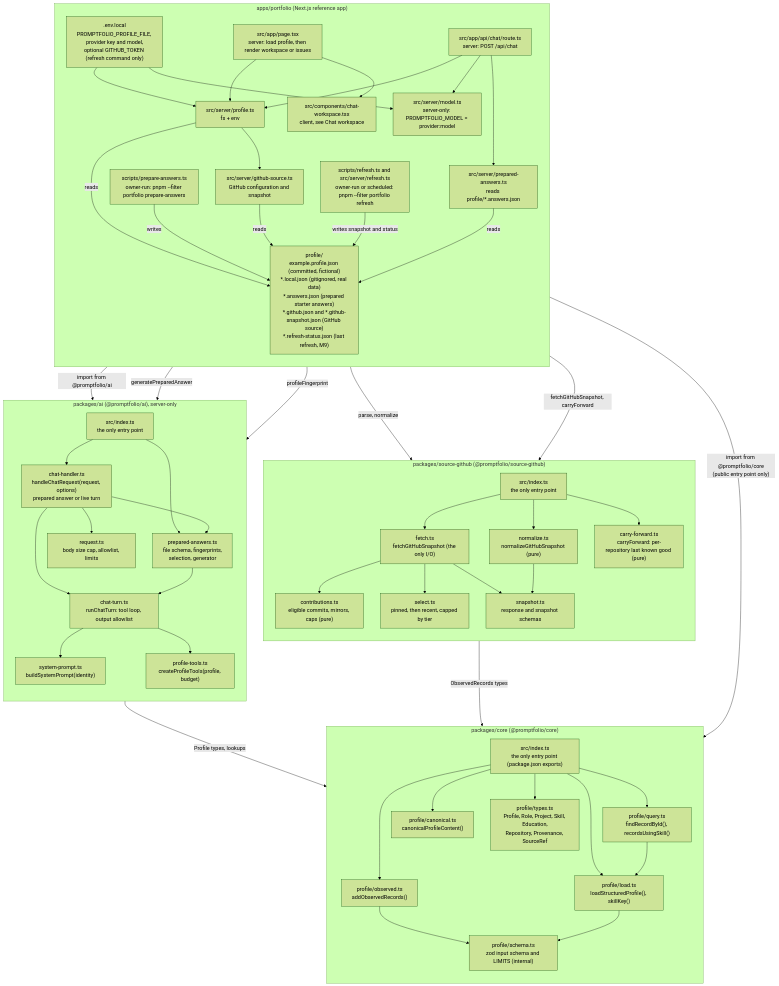
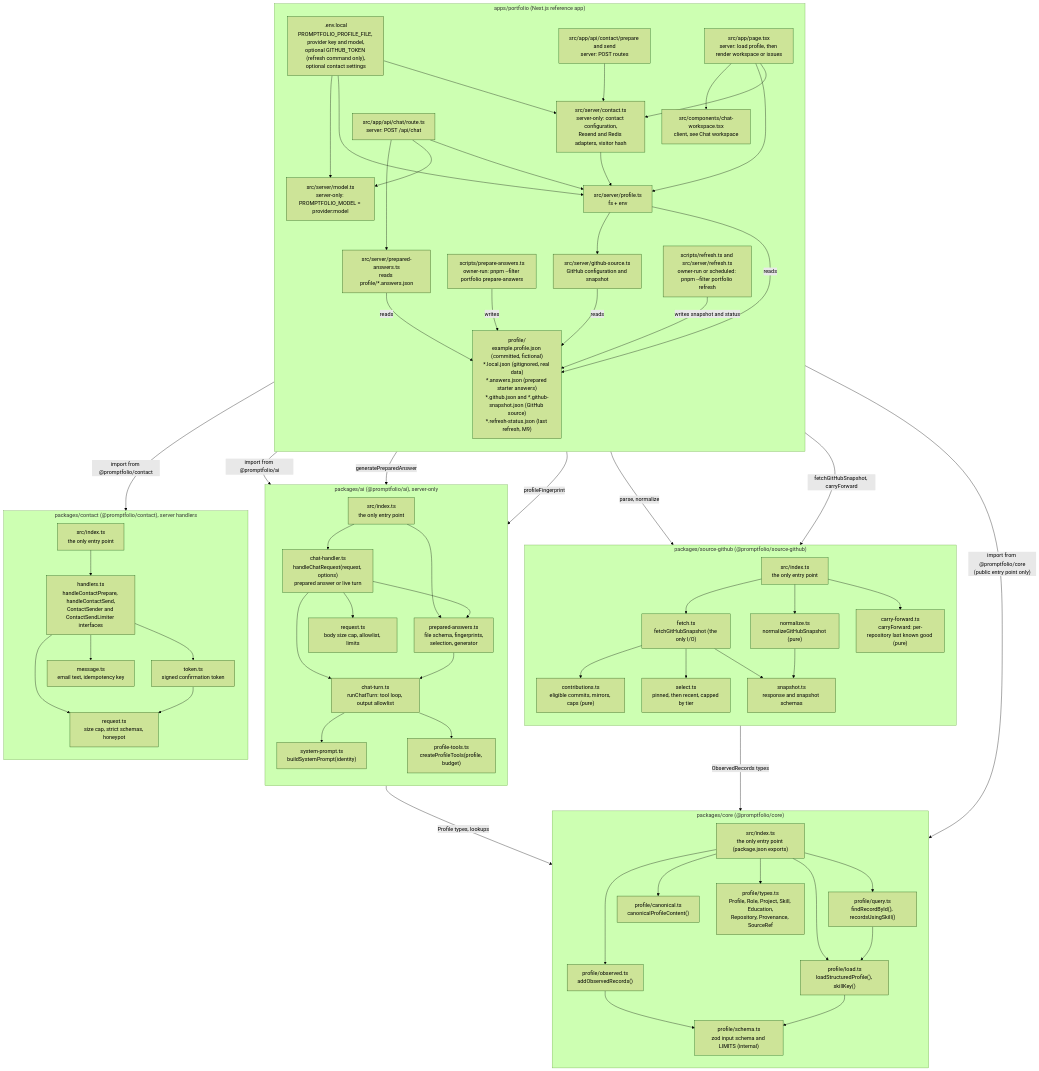
The first of 7 diagrams in docs/ARCHITECTURE.md (promptfolios/promptfolio), drawn with Mermaid (forest theme) before and after one commit. The commit also changed other lines of this file and 7 other files, not shown here.

```diff
--- a/docs/ARCHITECTURE.md
+++ b/docs/ARCHITECTURE.md
@@ -10,7 +10,7 @@
 flowchart TB
     subgraph app["apps/portfolio (Next.js reference app)"]
         direction TB
-        env[".env.local<br/>PROMPTFOLIO_PROFILE_FILE, provider key and model,<br/>optional GITHUB_TOKEN (refresh command only)"]
+        env[".env.local<br/>PROMPTFOLIO_PROFILE_FILE, provider key and model,<br/>optional GITHUB_TOKEN (refresh command only),<br/>optional contact settings"]
         files["profile/<br/>example.profile.json (committed, fictional)<br/>*.local.json (gitignored, real data)<br/>*.answers.json (prepared starter answers)<br/>*.github.json and *.github-snapshot.json (GitHub source)<br/>*.refresh-status.json (last refresh, M9)"]
         page["src/app/page.tsx<br/>server: load profile, then render workspace or issues"]
         route["src/app/api/chat/route.ts<br/>server: POST /api/chat"]
@@ -19,6 +19,12 @@
         fetchScript["scripts/refresh.ts and src/server/refresh.ts<br/>owner-run or scheduled: pnpm --filter portfolio refresh"]
         serverModel["src/server/model.ts<br/>server-only: PROMPTFOLIO_MODEL = provider:model"]
         serverAnswers["src/server/prepared-answers.ts<br/>reads profile/*.answers.json"]
+        contactRoutes["src/app/api/contact/prepare and send<br/>server: POST routes"]
+        serverContact["src/server/contact.ts<br/>server-only: contact configuration,<br/>Resend and Redis adapters, visitor hash"]
+        contactRoutes --> serverContact
+        env --> serverContact
+        serverContact --> serverProfile
+        page --> serverContact
         script["scripts/prepare-answers.ts<br/>owner-run: pnpm --filter portfolio prepare-answers"]
         workspace["src/components/chat-workspace.tsx<br/>client, see Chat workspace"]
         page --> serverProfile
@@ -73,6 +79,20 @@
         turn --> tools
     end
 
+    subgraph contactpkg["packages/contact (@promptfolio/contact), server handlers"]
+        direction TB
+        contactIndex["src/index.ts<br/>the only entry point"]
+        contactHandlers["handlers.ts<br/>handleContactPrepare, handleContactSend,<br/>ContactSender and ContactSendLimiter interfaces"]
+        contactRequest["request.ts<br/>size cap, strict schemas, honeypot"]
+        contactToken["token.ts<br/>signed confirmation token"]
+        contactMessage["message.ts<br/>email text, idempotency key"]
+        contactIndex --> contactHandlers
+        contactHandlers --> contactRequest
+        contactHandlers --> contactToken
+        contactHandlers --> contactMessage
+        contactToken --> contactRequest
+    end
+
     subgraph core["packages/core (@promptfolio/core)"]
         direction TB
         index["src/index.ts<br/>the only entry point (package.json exports)"]
@@ -94,6 +114,7 @@
 
     app -- "import from @promptfolio/core<br/>(public entry point only)" --> index
     route -- "import from @promptfolio/ai" --> aiIndex
+    contactRoutes -- "import from @promptfolio/contact" --> contactIndex
     script -- "generatePreparedAnswer" --> aiIndex
     aipkg -- "Profile types, lookups" --> index
     serverGitHub -- "parse, normalize" --> ghIndex
```
